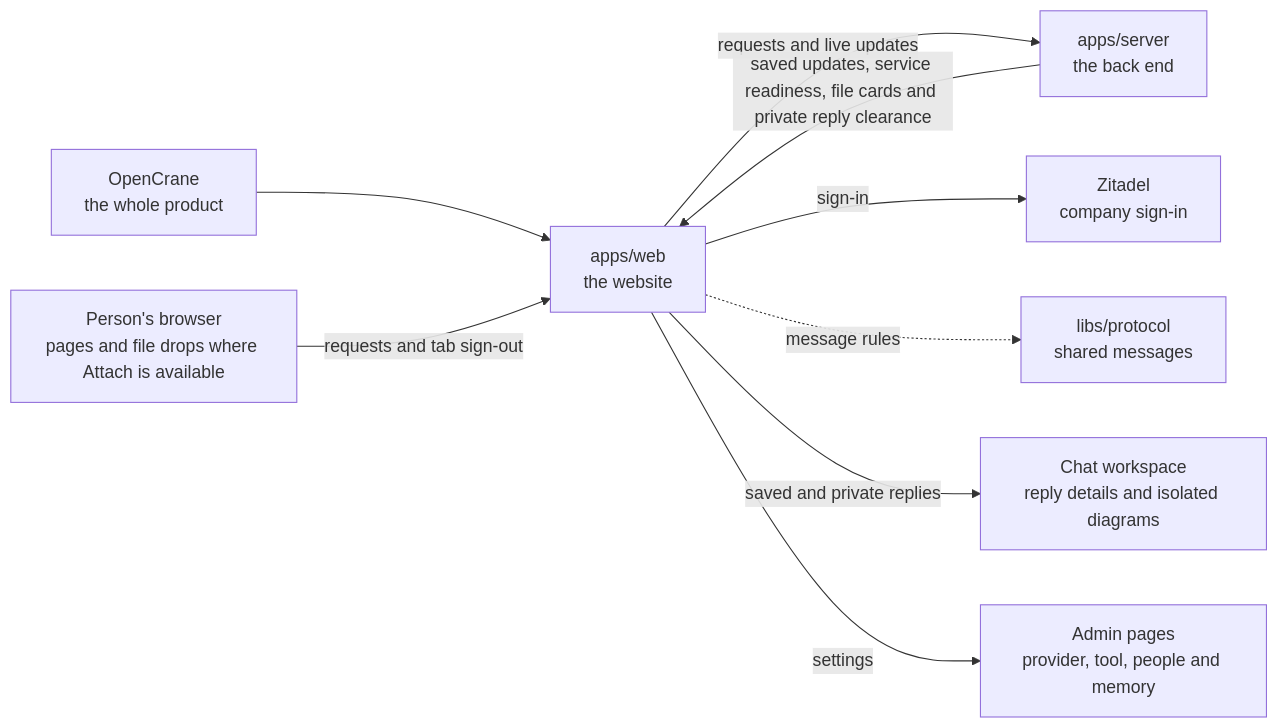
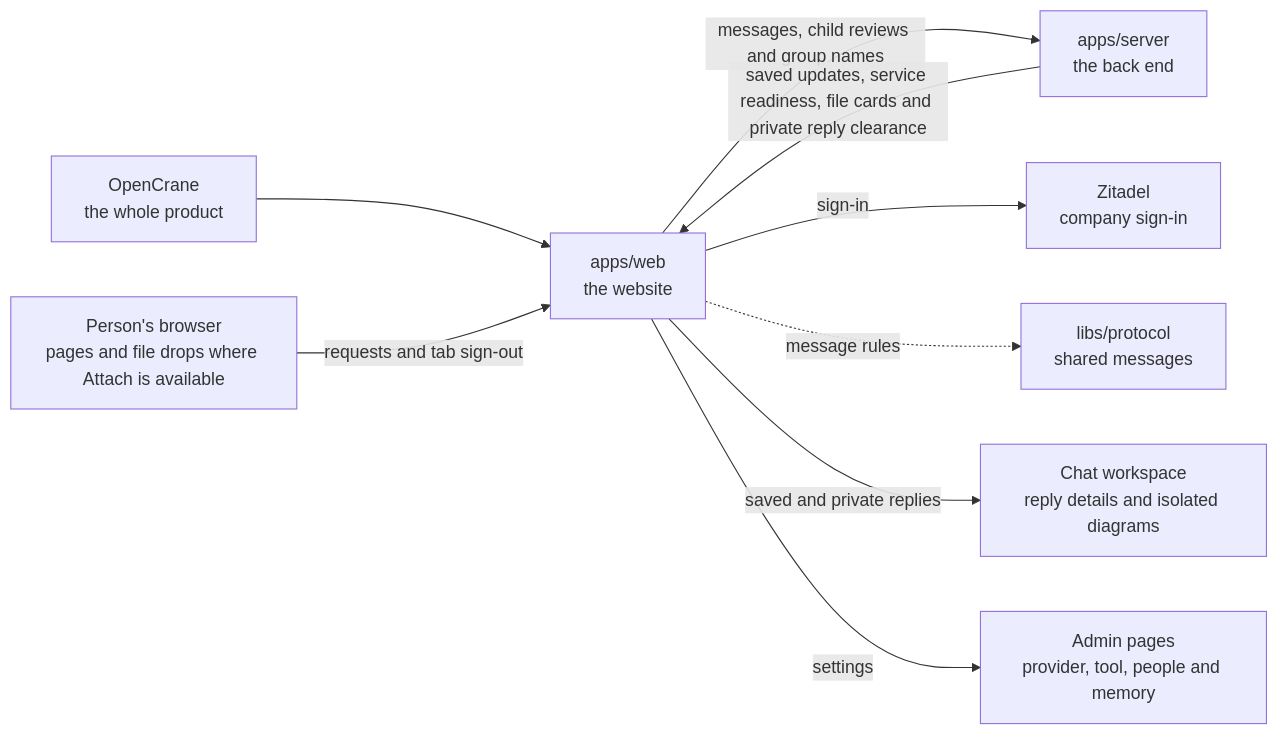
Before and after one commit to elewa-git/opencrane-new: the diagram in apps/web/README.md, drawn with Mermaid. The commit also changed other lines of this file and 16 other files, not shown here.

First line of the commit message:
🧒 The child-chat review screen shows the right audience, human group names and honest assistant errors at both widths (#934)

````diff
--- a/apps/web/README.md
+++ b/apps/web/README.md
@@ -16,11 +16,11 @@
 ```mermaid
 flowchart LR
   system["OpenCrane<br/>the whole product"] --> web["apps/web<br/>the website"]
   browser["Person's browser<br/>pages and file drops where Attach is available"] -->|requests and tab sign-out| web
-  web -->|requests and live updates| server["apps/server<br/>the back end"]
+  web -->|messages, child reviews and group names| server["apps/server<br/>the back end"]
   server -->|saved updates, service readiness, file cards and private reply clearance| web
   web -->|sign-in| zitadel["Zitadel<br/>company sign-in"]
   web -.->|message rules| protocol["libs/protocol<br/>shared messages"]
   web -->|saved and private replies| capture["Chat workspace<br/>reply details and isolated diagrams"]
   web -->|settings| admin["Admin pages<br/>provider, tool, people and memory"]
 ```
````
